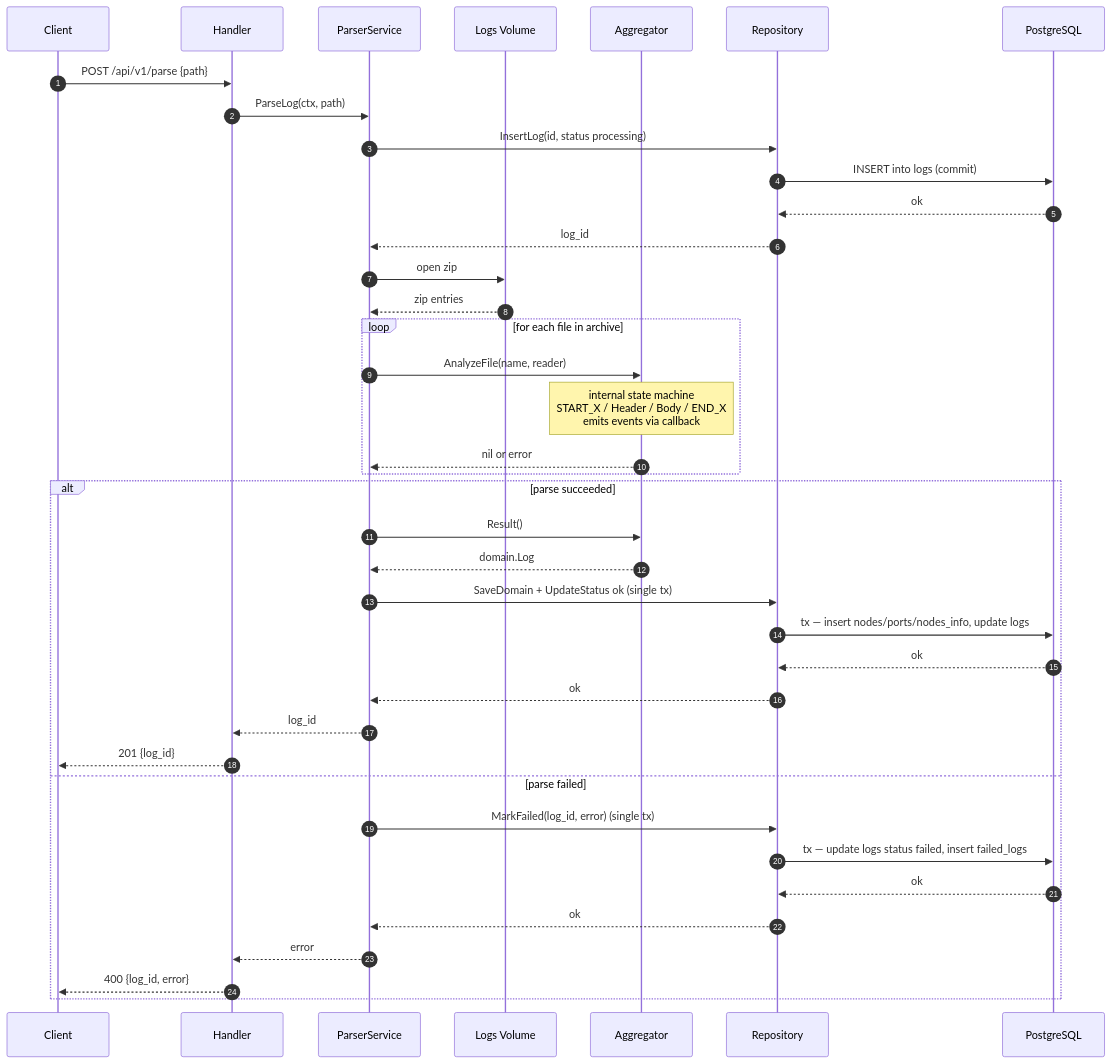
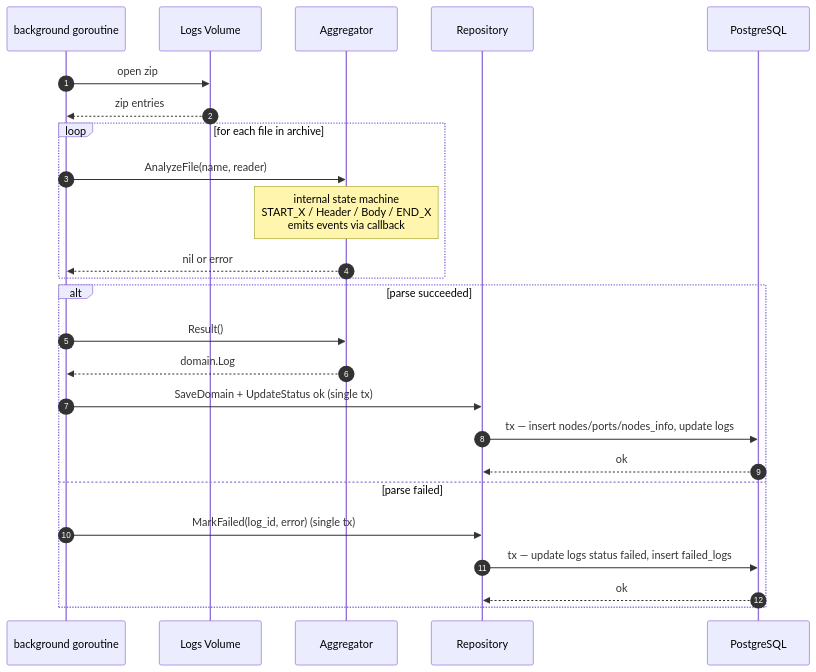
One commit to 6ermvH/log-parser changed the second of 8 diagrams in docs/sequences.md. Above: the diagram before and after it, drawn with Mermaid. The commit also changed other lines of this file and 12 other files, not shown here.

````diff
--- a/docs/sequences.md
+++ b/docs/sequences.md
@@ -5,46 +34,30 @@
 ```mermaid
 sequenceDiagram
     autonumber
-    participant C as Client
-    participant H as Handler
-    participant P as ParserService
+    participant G as background goroutine
     participant FS as Logs Volume
     participant A as Aggregator
     participant R as Repository
     participant DB as PostgreSQL
 
-    C->>H: POST /api/v1/parse {path}
-    H->>P: ParseLog(ctx, path)
-
-    P->>R: InsertLog(id, status processing)
-    R->>DB: INSERT into logs (commit)
-    DB-->>R: ok
-    R-->>P: log_id
-
-    P->>FS: open zip
-    FS-->>P: zip entries
+    G->>FS: open zip
+    FS-->>G: zip entries
 
     loop for each file in archive
-        P->>A: AnalyzeFile(name, reader)
+        G->>A: AnalyzeFile(name, reader)
         Note over A: internal state machine<br/>START_X / Header / Body / END_X<br/>emits events via callback
-        A-->>P: nil or error
+        A-->>G: nil or error
     end
 
     alt parse succeeded
-        P->>A: Result()
-        A-->>P: domain.Log
-        P->>R: SaveDomain + UpdateStatus ok (single tx)
+        G->>A: Result()
+        A-->>G: domain.Log
+        G->>R: SaveDomain + UpdateStatus ok (single tx)
         R->>DB: tx — insert nodes/ports/nodes_info, update logs
         DB-->>R: ok
-        R-->>P: ok
-        P-->>H: log_id
-        H-->>C: 201 {log_id}
     else parse failed
-        P->>R: MarkFailed(log_id, error) (single tx)
+        G->>R: MarkFailed(log_id, error) (single tx)
         R->>DB: tx — update logs status failed, insert failed_logs
         DB-->>R: ok
-        R-->>P: ok
-        P-->>H: error
-        H-->>C: 400 {log_id, error}
     end
 ```
````
